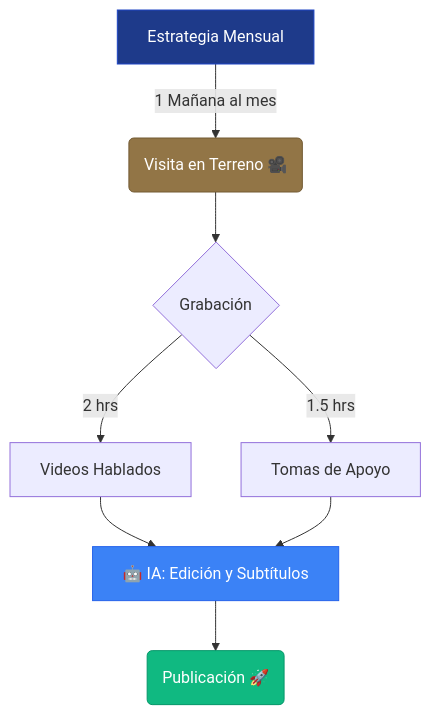
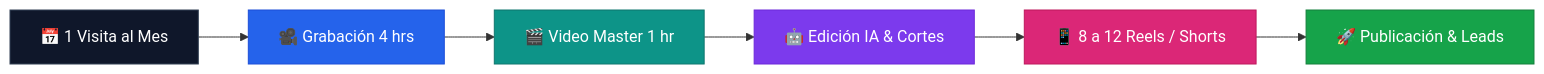
Before and after one commit to crdiazu/Francisco-inmobiliaria: the diagram in Entregables/Resumen_Ejecutivo.md, drawn with Mermaid. The commit also changed other lines of this file and 2 other files, not shown here.

````diff
--- a/Entregables/Resumen_Ejecutivo.md
+++ b/Entregables/Resumen_Ejecutivo.md
@@ -16,18 +18,15 @@
 ```mermaid
-graph TD
-    A[Estrategia Mensual] -->|1 Mañana al mes| B(Visita en Terreno 🎥)
-    
-    B --> C{Grabación}
-    C -->|2 hrs| D[Videos Hablados]
-    C -->|1.5 hrs| E[Tomas de Apoyo]
-    
-    D --> F[🤖 IA: Edición y Subtítulos]
-    E --> F
-    
-    F --> G(Publicación 🚀)
-    
-    style A fill:#1e3a8a,stroke:#1e45c4,color:#fff
-    style B fill:#927546,stroke:#735a33,color:#fff
-    style F fill:#3b82f6,stroke:#2563eb,color:#fff
-    style G fill:#10b981,stroke:#059669,color:#fff
+graph LR
+    A[📅 1 Visita al Mes] --> B[🎥 Grabación 4 hrs]
+    B --> C[🎬 Video Master 1 hr]
+    C --> D[🤖 Edición IA & Cortes]
+    D --> E[📱 8 a 12 Reels / Shorts]
+    E --> F[🚀 Publicación & Leads]
+
+    style A fill:#0f172a,stroke:#334155,color:#fff
+    style B fill:#2563eb,stroke:#1d4ed8,color:#fff
+    style C fill:#0d9488,stroke:#0f766e,color:#fff
+    style D fill:#7c3aed,stroke:#6d28d9,color:#fff
+    style E fill:#db2777,stroke:#be185d,color:#fff
+    style F fill:#16a34a,stroke:#15803d,color:#fff
 ```
````
